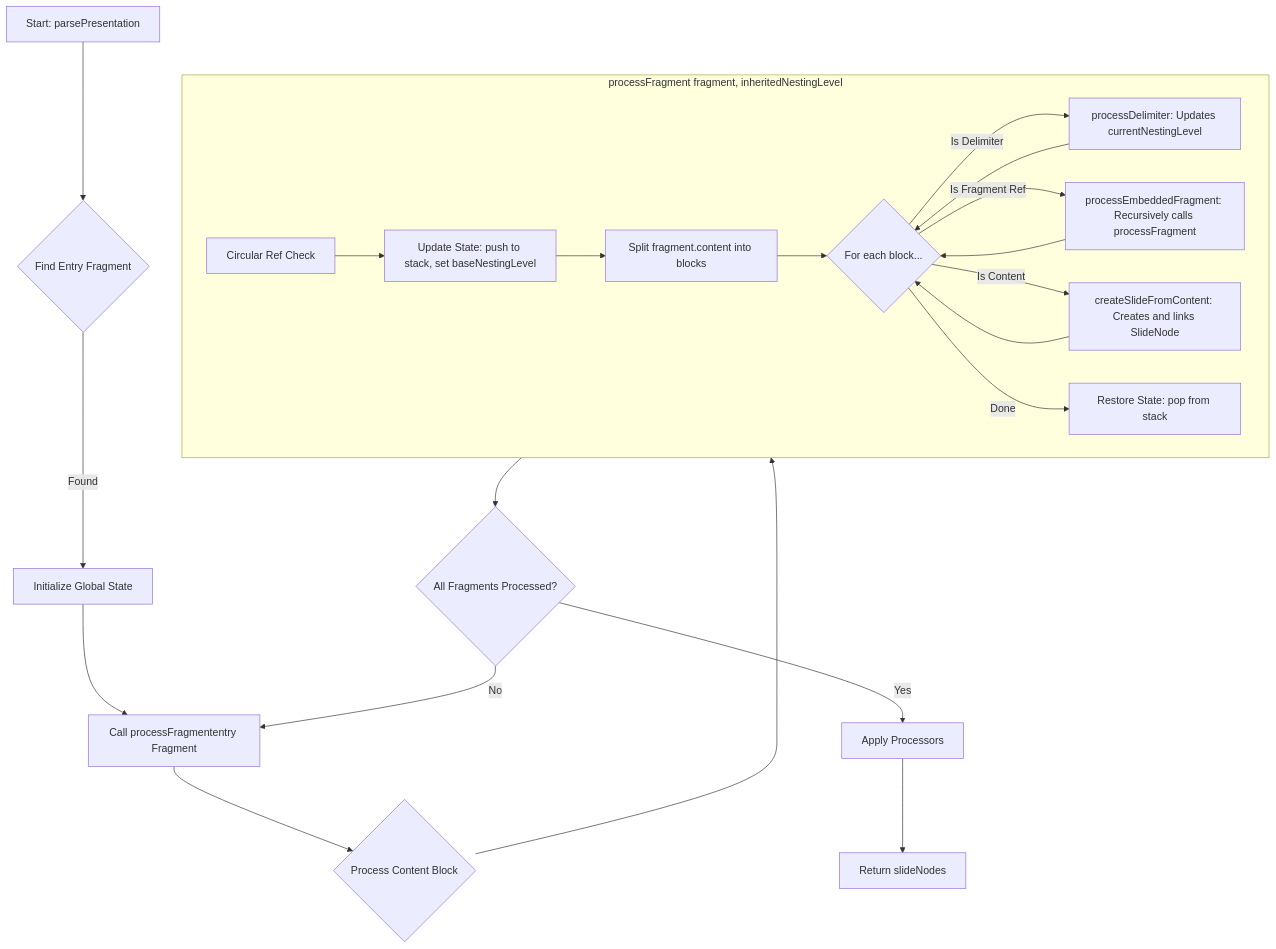
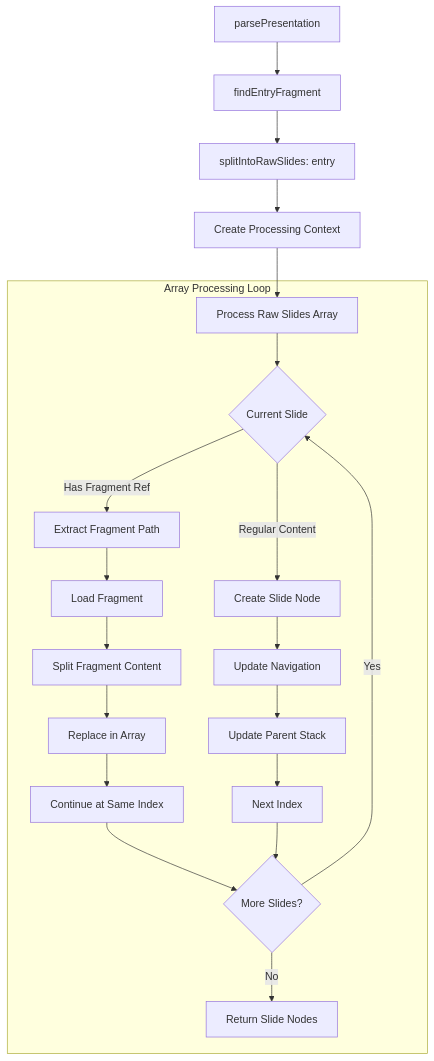
The diagram in _docs/30_Features/F7-Core-Parser-Implementation.md (ajelinek/parse-a-slide), drawn with Mermaid before and after one commit. The commit also changed other lines of this file and 19 other files, not shown here.

Commit message:
feat: introduce front matter parsing capability with a dedicated inflation stage, enhancing presentation processing and simplifying parser implementation

````diff
--- a/_docs/30_Features/F7-Core-Parser-Implementation.md
+++ b/_docs/30_Features/F7-Core-Parser-Implementation.md
@@ -29,27 +133,27 @@
 ```mermaid
 graph TD
-    A[Start: parsePresentation] --> B{Find Entry Fragment};
-    B -- Found --> C[Initialize Global State];
-    C --> D[Call processFragmententry Fragment];
-    D --> E{Process Content Block};
-
-    subgraph "processFragment fragment, inheritedNestingLevel"
-        direction LR
-        F[Circular Ref Check] --> G[Update State: push to stack, set baseNestingLevel];
-        G --> H[Split fragment.content into blocks];
-        H --> I{For each block...};
-        I -- Is Delimiter --> J[processDelimiter: Updates currentNestingLevel];
-        J --> I;
-        I -- Is Fragment Ref --> K[processEmbeddedFragment: Recursively calls processFragment];
-        K --> I;
-        I -- Is Content --> L[createSlideFromContent: Creates and links SlideNode];
-        L --> I;
-        I -- Done --> M[Restore State: pop from stack];
+    A[parsePresentation] --> B[findEntryFragment]
+    B --> C[splitIntoRawSlides: entry]
+    C --> D[Create Processing Context]
+    D --> E[Process Raw Slides Array]
+    
+    subgraph "Array Processing Loop"
+        E --> F{Current Slide}
+        F -->|Has Fragment Ref| G[Extract Fragment Path]
+        F -->|Regular Content| H[Create Slide Node]
+        
+        G --> I[Load Fragment]
+        I --> J[Split Fragment Content]
+        J --> K[Replace in Array]
+        K --> L[Continue at Same Index]
+        
+        H --> M[Update Navigation]
+        M --> N[Update Parent Stack]
+        N --> O[Next Index]
+        
+        L --> P{More Slides?}
+        O --> P
+        P -->|Yes| F
+        P -->|No| Q[Return Slide Nodes]
     end
-
-    E --> F;
-    M --> N{All Fragments Processed?};
-    N -- Yes --> O[Apply Processors];
-    O --> P[Return slideNodes];
-    N -- No --> D;
 ```
````
